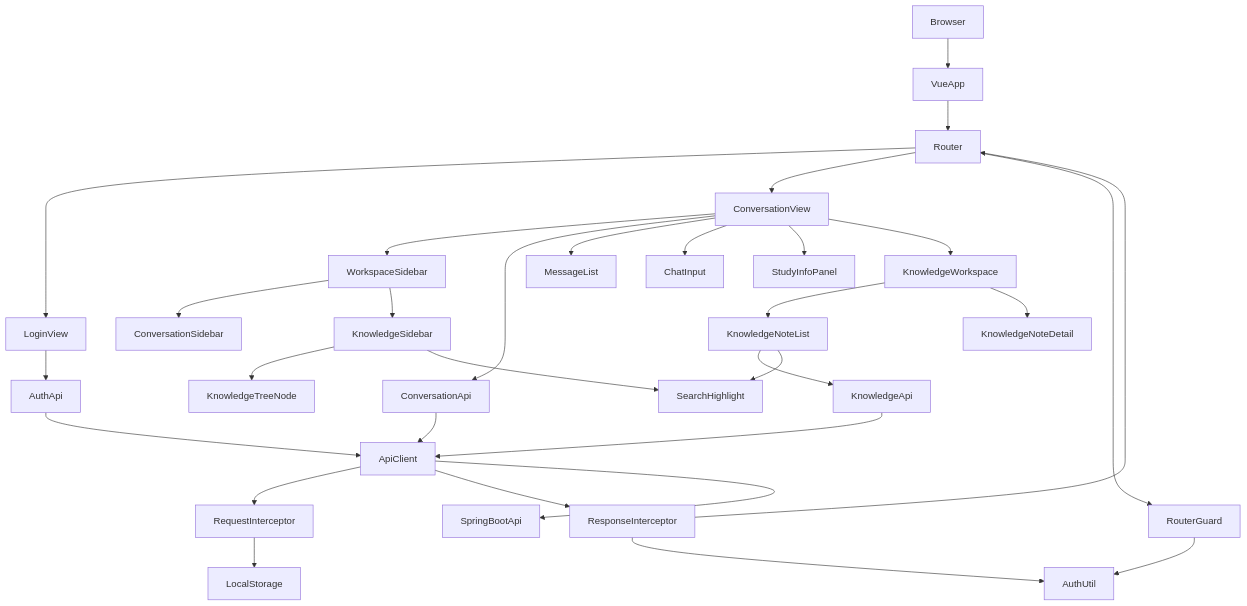
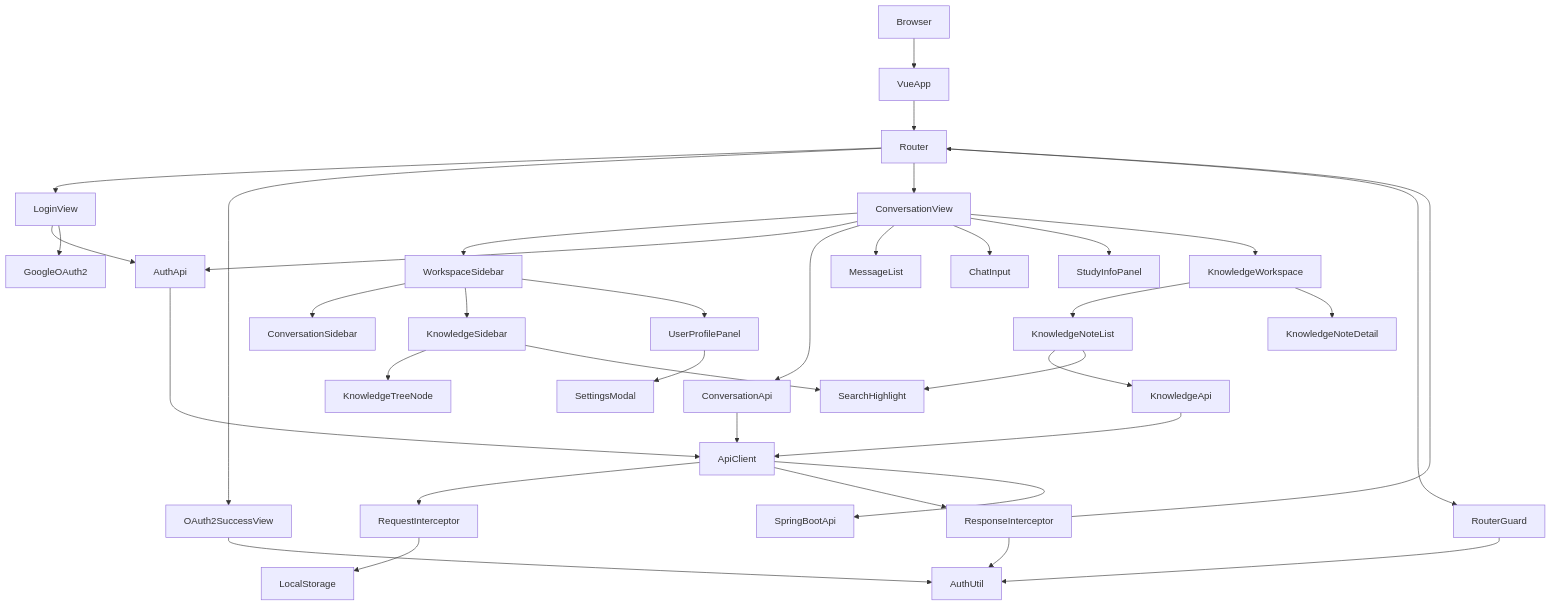
One commit to keunoh/feldbuch changed the fifth of 5 diagrams in docs/FELDBUCH_DEVELOPMENT_DOCUMENTATION.md. Above: the diagram before and after it, drawn with Mermaid. The commit also changed other lines of this file and 3 other files, not shown here.

````diff
--- a/docs/FELDBUCH_DEVELOPMENT_DOCUMENTATION.md
+++ b/docs/FELDBUCH_DEVELOPMENT_DOCUMENTATION.md
@@ -239,36 +248,42 @@
 ```mermaid
 flowchart TD
     Browser --> VueApp
     VueApp --> Router
     Router --> LoginView
+    Router --> OAuth2SuccessView
     Router --> ConversationView
     Router --> RouterGuard
     RouterGuard --> AuthUtil
 
     LoginView --> AuthApi
+    LoginView --> GoogleOAuth2
+    OAuth2SuccessView --> AuthUtil
     ConversationView --> WorkspaceSidebar
+    ConversationView --> AuthApi
     WorkspaceSidebar --> ConversationSidebar
     WorkspaceSidebar --> KnowledgeSidebar
+    WorkspaceSidebar --> UserProfilePanel
+    UserProfilePanel --> SettingsModal
     KnowledgeSidebar --> KnowledgeTreeNode
 
     ConversationView --> ConversationApi
     ConversationView --> MessageList
     ConversationView --> ChatInput
     ConversationView --> StudyInfoPanel
     ConversationView --> KnowledgeWorkspace
     KnowledgeWorkspace --> KnowledgeNoteList
     KnowledgeWorkspace --> KnowledgeNoteDetail
     KnowledgeNoteList --> KnowledgeApi
     KnowledgeNoteList --> SearchHighlight
     KnowledgeSidebar --> SearchHighlight
 
     AuthApi --> ApiClient
     ConversationApi --> ApiClient
     KnowledgeApi --> ApiClient
     ApiClient --> RequestInterceptor
     ApiClient --> ResponseInterceptor
     RequestInterceptor --> LocalStorage
     ResponseInterceptor --> AuthUtil
     ResponseInterceptor --> Router
     ApiClient --> SpringBootApi
 ```
````
